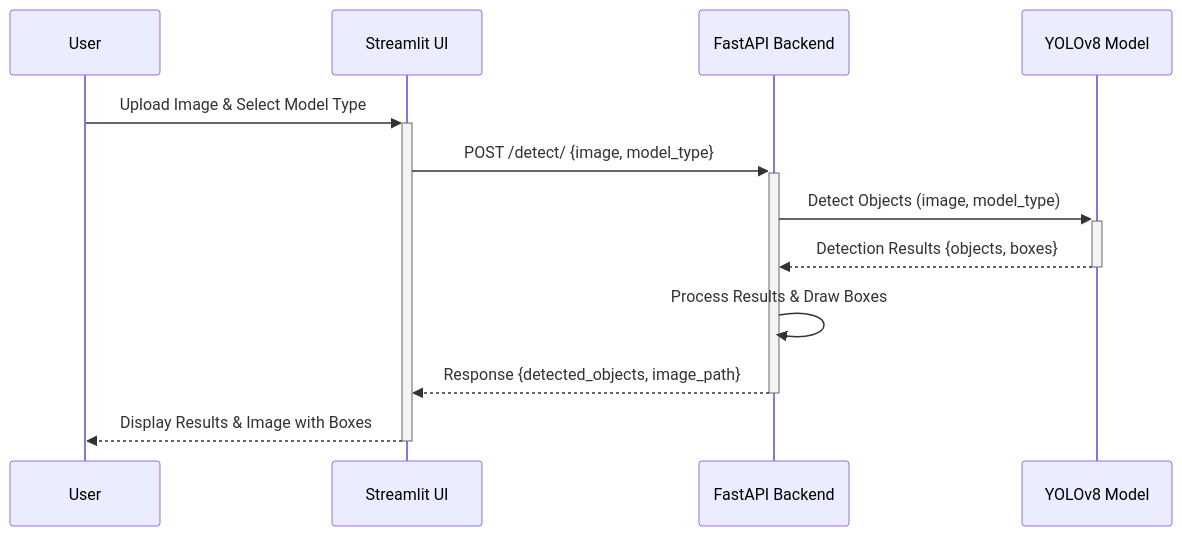
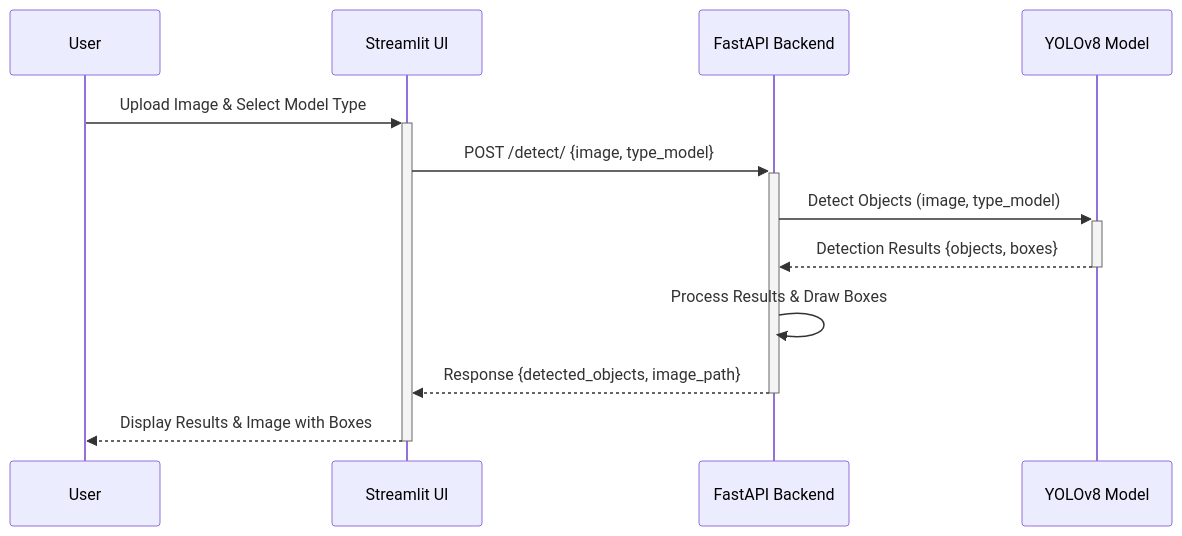
One commit to mvmser/BlurAnything changed the diagram in README.md. Above: the diagram before and after it, drawn with Mermaid. The commit also changed other lines of this file, not shown here.

Commit message:
documentation change curl to accept redirection for dowloading model weights

````diff
--- a/README.md
+++ b/README.md
@@ -114,15 +114,15 @@
 ```mermaid
 sequenceDiagram
     participant User as User
     participant Streamlit as Streamlit UI
     participant FastAPI as FastAPI Backend
     participant YOLOv8 as YOLOv8 Model
 
     User->>+Streamlit: Upload Image & Select Model Type
-    Streamlit->>+FastAPI: POST /detect/ {image, model_type}
-    FastAPI->>+YOLOv8: Detect Objects (image, model_type)
+    Streamlit->>+FastAPI: POST /detect/ {image, type_model}
+    FastAPI->>+YOLOv8: Detect Objects (image, type_model)
     YOLOv8-->>-FastAPI: Detection Results {objects, boxes}
     FastAPI->>FastAPI: Process Results & Draw Boxes
     FastAPI-->>-Streamlit: Response {detected_objects, image_path}
     Streamlit-->>-User: Display Results & Image with Boxes
 ```
````
